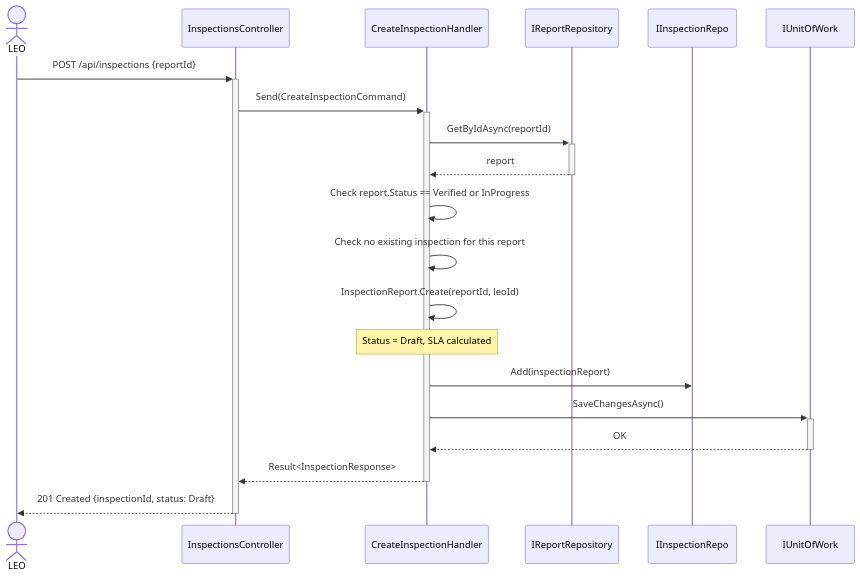
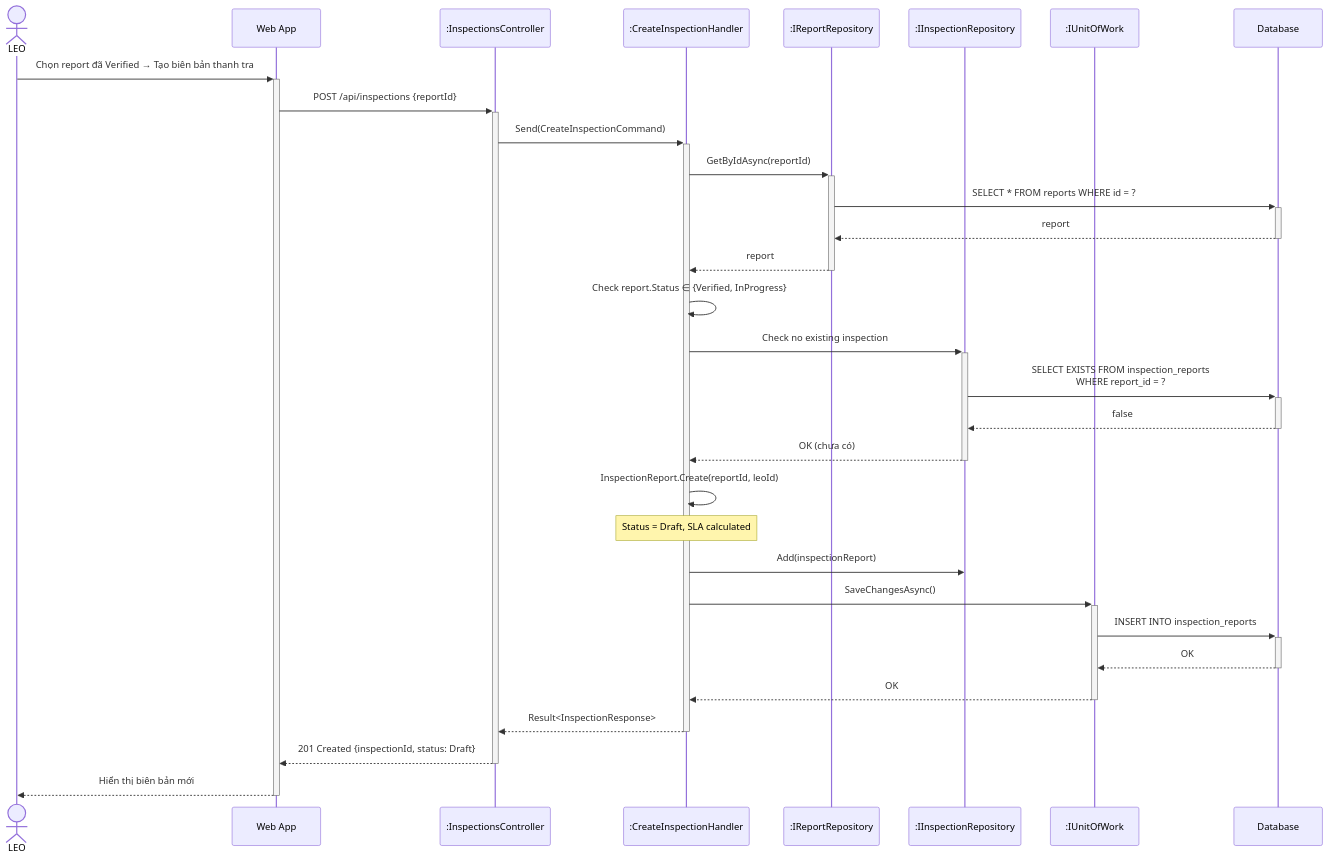
Diagram 13 of 25 in docs/BusinessRule/SEQUENCE_DIAGRAMS.md (Capstonne-Project/greenlens-service), drawn with Mermaid before and after one commit. The commit also changed other lines of this file, not shown here.

Commit message:
fix(docs): enhance format sequence diagram

````diff
--- a/docs/BusinessRule/SEQUENCE_DIAGRAMS.md
+++ b/docs/BusinessRule/SEQUENCE_DIAGRAMS.md
@@ -606,28 +748,39 @@
 ```mermaid
 sequenceDiagram
     actor LEO
-    participant API as InspectionsController
-    participant Handler as CreateInspectionHandler
-    participant ReportRepo as IReportRepository
-    participant InspRepo as IInspectionRepo
-    participant DB as IUnitOfWork
+    participant App as Web App
+    participant Ctrl as :InspectionsController
+    participant Hdl as :CreateInspectionHandler
+    participant RptRepo as :IReportRepository
+    participant InspRepo as :IInspectionRepository
+    participant UoW as :IUnitOfWork
+    participant DB as Database
 
-    LEO->>+API: POST /api/inspections {reportId}
-    API->>+Handler: Send(CreateInspectionCommand)
+    LEO->>+App: Chọn report đã Verified → Tạo biên bản thanh tra
+    App->>+Ctrl: POST /api/inspections {reportId}
+    Ctrl->>+Hdl: Send(CreateInspectionCommand)
 
-    Handler->>+ReportRepo: GetByIdAsync(reportId)
-    ReportRepo-->>-Handler: report
+    Hdl->>+RptRepo: GetByIdAsync(reportId)
+    RptRepo->>+DB: SELECT * FROM reports WHERE id = ?
+    DB-->>-RptRepo: report
+    RptRepo-->>-Hdl: report
 
-    Handler->>Handler: Check report.Status == Verified or InProgress
-    Handler->>Handler: Check no existing inspection for this report
+    Hdl->>Hdl: Check report.Status ∈ {Verified, InProgress}
+    Hdl->>+InspRepo: Check no existing inspection
+    InspRepo->>+DB: SELECT EXISTS FROM inspection_reports<br/>WHERE report_id = ?
+    DB-->>-InspRepo: false
+    InspRepo-->>-Hdl: OK (chưa có)
 
-    Handler->>Handler: InspectionReport.Create(reportId, leoId)
-    Note over Handler: Status = Draft, SLA calculated
-    Handler->>InspRepo: Add(inspectionReport)
+    Hdl->>Hdl: InspectionReport.Create(reportId, leoId)
+    Note over Hdl: Status = Draft, SLA calculated
+    Hdl->>InspRepo: Add(inspectionReport)
 
-    Handler->>+DB: SaveChangesAsync()
-    DB-->>-Handler: OK
+    Hdl->>+UoW: SaveChangesAsync()
+    UoW->>+DB: INSERT INTO inspection_reports
+    DB-->>-UoW: OK
+    UoW-->>-Hdl: OK
 
-    Handler-->>-API: Result<InspectionResponse>
-    API-->>-LEO: 201 Created {inspectionId, status: Draft}
+    Hdl-->>-Ctrl: Result<InspectionResponse>
+    Ctrl-->>-App: 201 Created {inspectionId, status: Draft}
+    App-->>-LEO: Hiển thị biên bản mới
 ```
````
